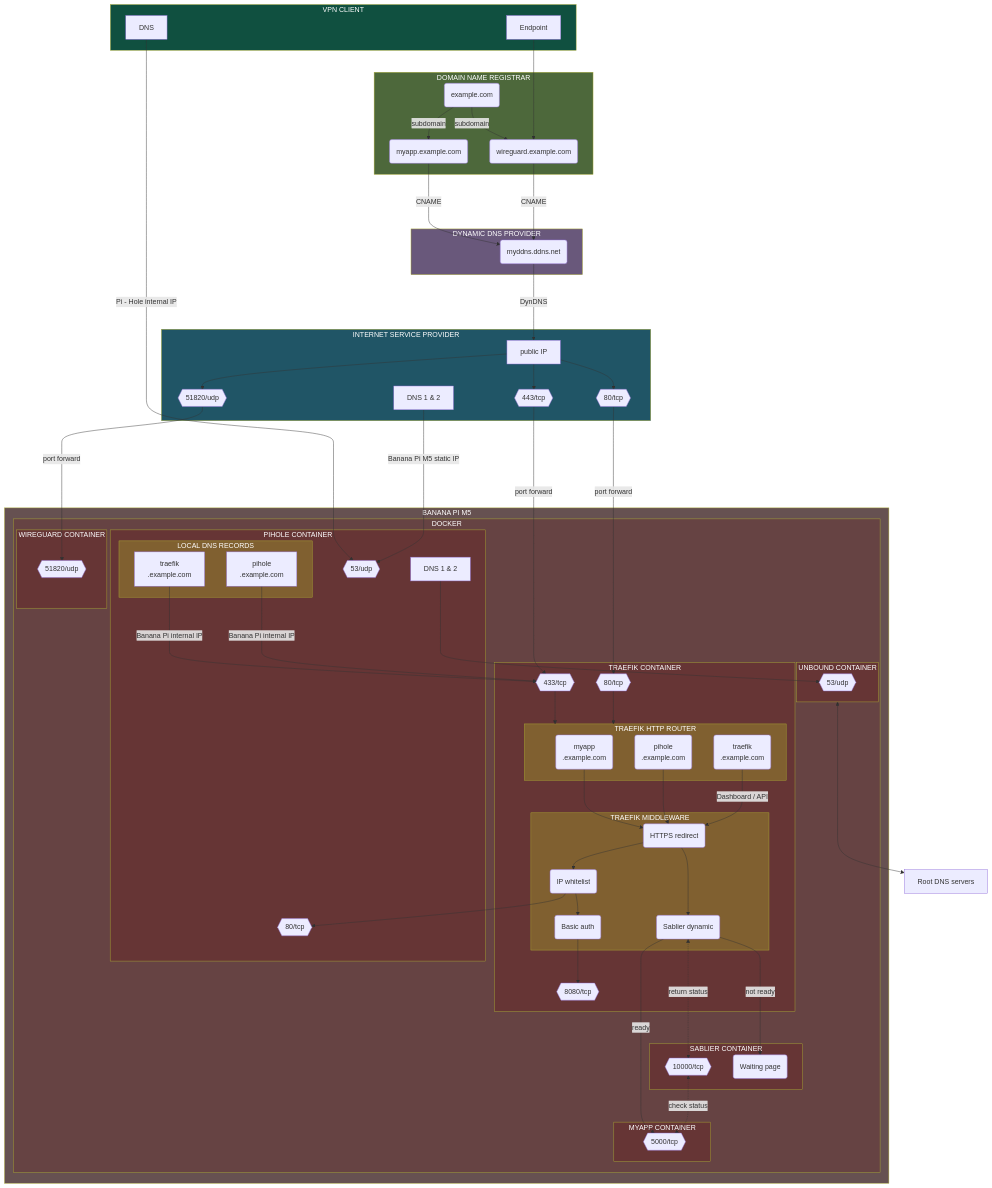
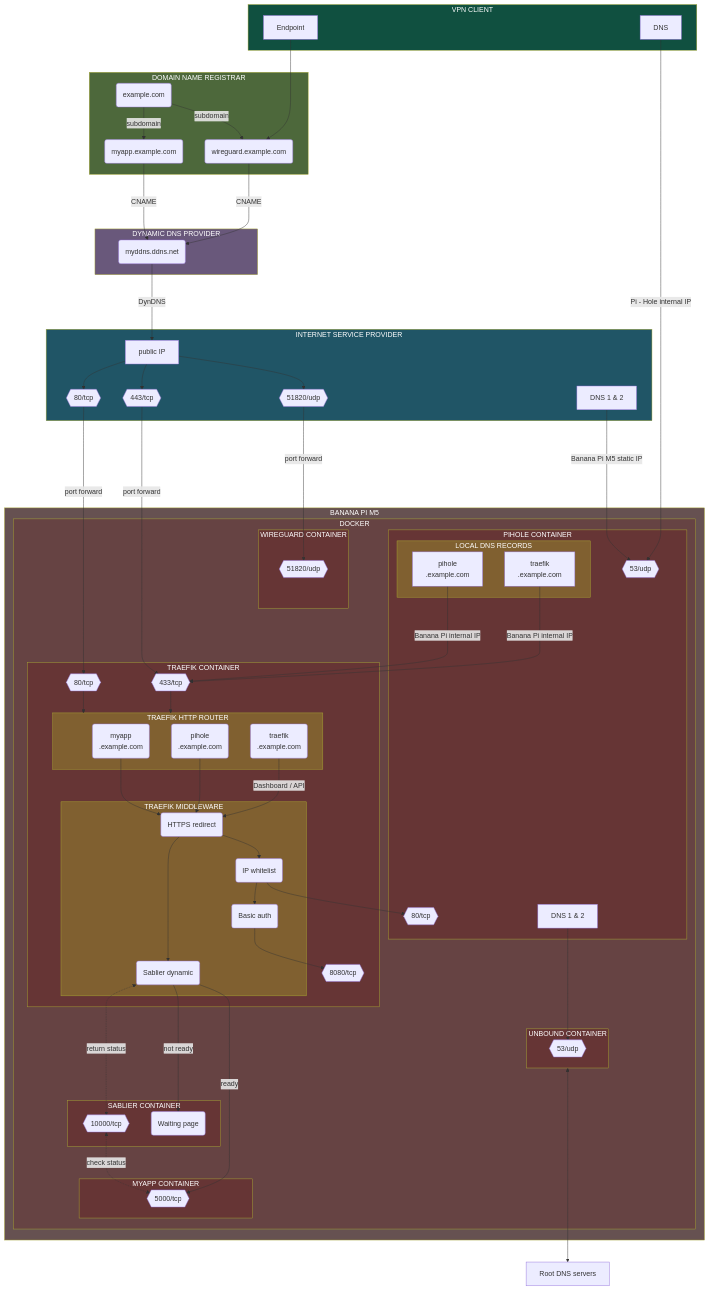
The first of 20 diagrams in README.md (Yann39/self-hosted), drawn with Mermaid before and after one commit. The commit also changed other lines of this file, not shown here.

Commit message:
fixed some diagrams display due to apparently mermaid or GitHub markdown update

```diff
--- a/README.md
+++ b/README.md
@@ -223,14 +223,14 @@
     DOCKER_TRAEFIK_PORT8080{{8080/tcp}}
     DOCKER_UNBOUND_PORT53{{53/udp}}
     DOCKER_SABLIER_PORT10000{{10000/tcp}}
-    TRAEFIK_ROUTER_MYAPP(myapp\n.example.com)
-    TRAEFIK_ROUTER_PIHOLE(pihole\n.example.com)
-    TRAEFIK_ROUTER_TRAEFIK(traefik\n.example.com)
+    TRAEFIK_ROUTER_MYAPP(myapp<br/>.example.com)
+    TRAEFIK_ROUTER_PIHOLE(pihole<br/>.example.com)
+    TRAEFIK_ROUTER_TRAEFIK(traefik<br/>.example.com)
     ROOT_DNS_SERVERS[Root DNS servers]
     DNS_ISP[DNS 1 & 2]
     DOCKER_PIHOLE_DNS[DNS 1 & 2]
-    PIHOLE_DNS_PIHOLE[pihole\n.example.com]
-    PIHOLE_DNS_TRAEFIK[traefik\n.example.com]
+    PIHOLE_DNS_PIHOLE[pihole<br/>.example.com]
+    PIHOLE_DNS_TRAEFIK[traefik<br/>.example.com]
 
     subgraph VPN_CLIENT[VPN CLIENT]
         WIREGUARD_CLIENT_ENDPOINT[Endpoint]
@@ -321,7 +321,7 @@
     TRAEFIK_ROUTER_TRAEFIK -->|Dashboard / API| REDIRECT
     IP_WHITELISTING --> BASIC_AUTH
     IP_WHITELISTING --> DOCKER_PIHOLE_PORT80
-    REDIRECT ---> SABLIER
+    REDIRECT ----> SABLIER
     SABLIER <-..->|return status| DOCKER_SABLIER_PORT10000
     SABLIER --->|not ready| WAITING_PAGE
     SABLIER --->|ready| DOCKER_MYAPP_PORT5000
```
